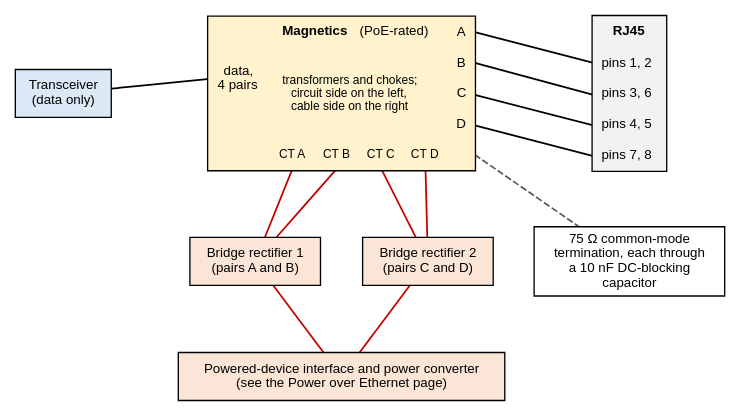
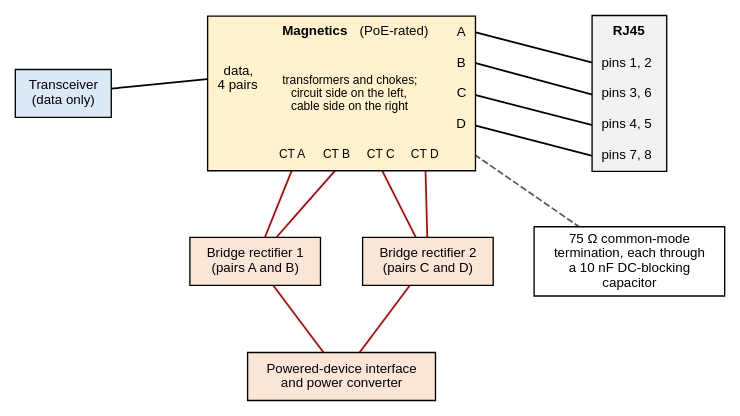
One commit to mithro/evampire changed the diagram in docs/ethernet/magnetics/poe-centre-taps.dot. Above: the diagram before and after it, drawn with Graphviz. The commit also changed 3 other files, not shown here.

Commit message:
Fix magnetics diagrams from review: 49.9 ohm, gaps, overlaps, no page names inside drawings

```diff
--- a/docs/ethernet/magnetics/poe-centre-taps.dot
+++ b/docs/ethernet/magnetics/poe-centre-taps.dot
@@ -1,55 +1,55 @@
 // Taking Power over Ethernet from the cable-side centre taps.
 //
 // SPDX-License-Identifier: Apache-2.0
 
 graph poe_centre_taps {
     graph [layout=neato, splines=line, fontname="Helvetica", fontsize=11,
            outputorder=edgesfirst];
     node  [fontname="Helvetica", fontsize=10, shape=box, style="filled",
            fillcolor="#ffffff", pin=true];
     edge  [fontname="Helvetica", fontsize=9, penwidth=1.3];
 
     phy [pos="0,2.2!", label="Transceiver\n(data only)", fillcolor="#dbe8f5"];
 
     mag [pos="2.9,2.2!", shape=plain, label=<
       <table border="1" cellborder="0" cellspacing="0" cellpadding="6" bgcolor="#fff2cc">
         <tr><td rowspan="4" port="data">data,<br/>4 pairs</td>
             <td colspan="4"><b>Magnetics</b> (PoE-rated)</td>
             <td port="a">A</td></tr>
         <tr><td colspan="4" rowspan="3"><font point-size="9">transformers and chokes;<br/>circuit side on the left,<br/>cable side on the right</font></td>
             <td port="b">B</td></tr>
         <tr><td port="c">C</td></tr>
         <tr><td port="d">D</td></tr>
         <tr><td></td>
             <td port="cta"><font point-size="9">CT A</font></td>
             <td port="ctb"><font point-size="9">CT B</font></td>
             <td port="ctc"><font point-size="9">CT C</font></td>
             <td port="ctd"><font point-size="9">CT D</font></td>
             <td port="bs"></td></tr>
       </table>>];
 
     rj45 [pos="5.9,2.2!", shape=plain, label=<
       <table border="1" cellborder="0" cellspacing="0" cellpadding="6" bgcolor="#f2f2f2">
         <tr><td><b>RJ45</b></td></tr>
         <tr><td port="a">pins 1, 2</td></tr>
         <tr><td port="b">pins 3, 6</td></tr>
         <tr><td port="c">pins 4, 5</td></tr>
         <tr><td port="d">pins 7, 8</td></tr>
       </table>>];
 
     br1 [pos="2.0,0.45!", label="Bridge rectifier 1\n(pairs A and B)", fillcolor="#fbe5d6"];
     br2 [pos="3.8,0.45!", label="Bridge rectifier 2\n(pairs C and D)", fillcolor="#fbe5d6"];
-    pd  [pos="2.9,-0.75!", label="Powered-device interface and power converter\n(see the Power over Ethernet page)",
+    pd  [pos="2.9,-0.75!", label="Powered-device interface\nand power converter",
          fillcolor="#fbe5d6"];
     bs  [pos="5.9,0.45!", label="75 Ω common-mode\ntermination, each through\na 10 nF DC-blocking\ncapacitor"];
 
     phy -- mag:data;
     rj45:a -- mag:a; rj45:b -- mag:b; rj45:c -- mag:c; rj45:d -- mag:d;
 
     edge [color="#c00000"];
     mag:cta -- br1; mag:ctb -- br1;
     mag:ctc -- br2; mag:ctd -- br2;
     br1 -- pd; br2 -- pd;
 
     mag:bs -- bs [style=dashed, color="#595959"];
 }
```
